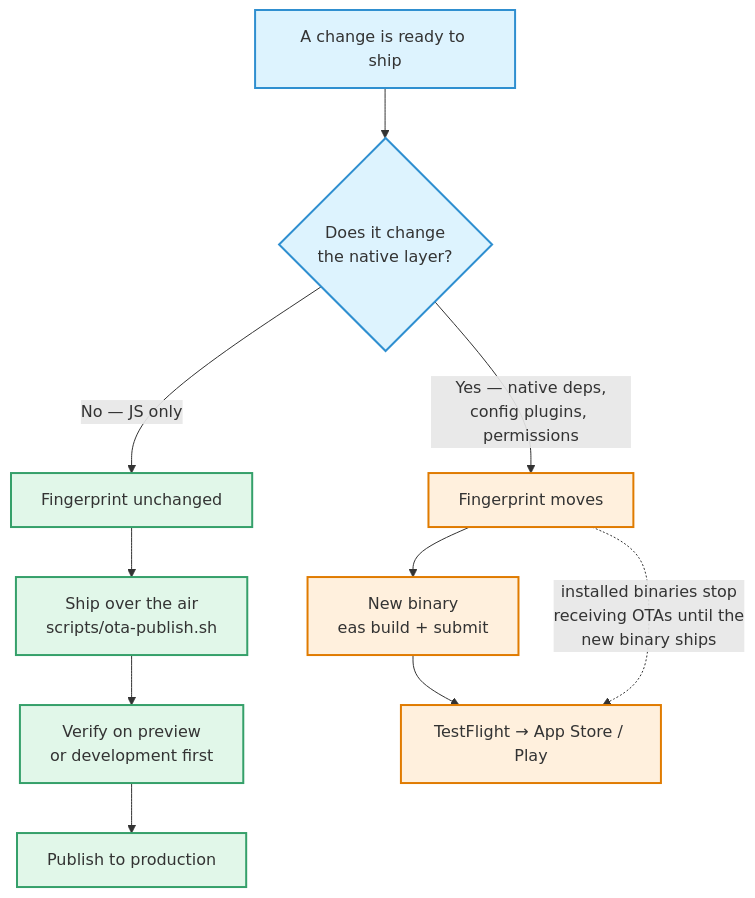
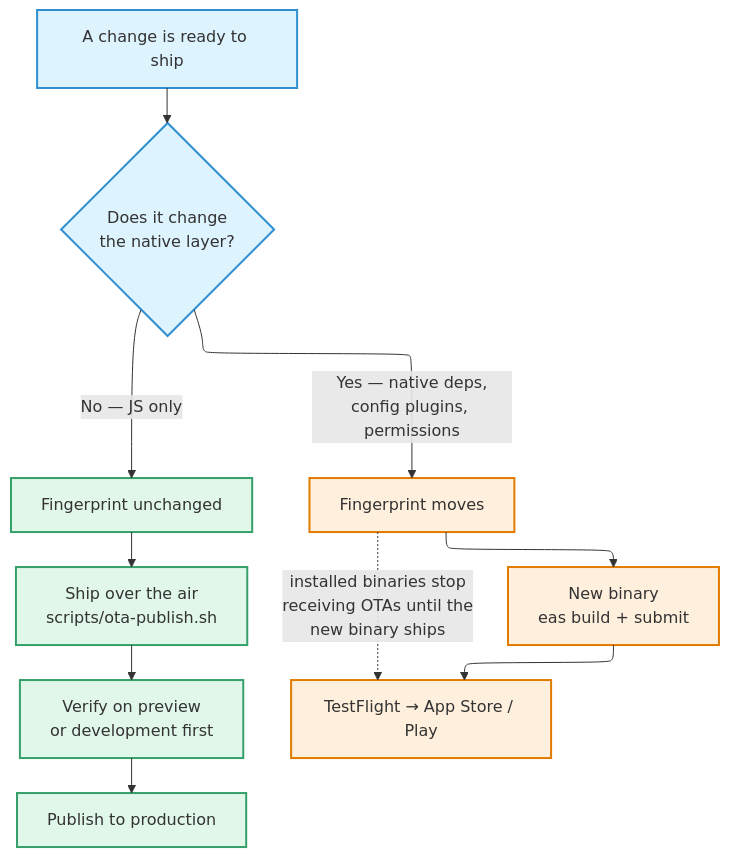
The diagram in docs/engineering/environments-and-releases.md (PopOut-Market/popout-docs), drawn with Mermaid before and after one commit. The commit also changed 7 other files, not shown here.

````diff
--- a/docs/engineering/environments-and-releases.md
+++ b/docs/engineering/environments-and-releases.md
@@ -138,26 +138,27 @@
 ```mermaid
+%%{init: {"layout": "elk"}}%%
 flowchart TB
     change["A change is ready to ship"]
     q{"Does it change<br/>the native layer?"}
     fpSame["Fingerprint unchanged"]
     fpMove["Fingerprint moves"]
     ota["Ship over the air<br/>scripts/ota-publish.sh"]
     build["New binary<br/>eas build + submit"]
     prev["Verify on preview<br/>or development first"]
     prod["Publish to production"]
     store["TestFlight → App Store / Play"]
 
     change --> q
     q -->|"No — JS only"| fpSame --> ota --> prev --> prod
     q -->|"Yes — native deps,<br/>config plugins, permissions"| fpMove --> build --> store
 
     fpMove -.->|"installed binaries stop<br/>receiving OTAs until the<br/>new binary ships"| store
 
     classDef ok fill:#22c55e22,stroke:#35a06a,stroke-width:2px
     classDef warn fill:#ff8c0022,stroke:#e07b00,stroke-width:2px
     classDef neutral fill:#00a6f422,stroke:#2f8fd0,stroke-width:2px
 
     class change,q neutral
     class fpSame,ota,prev,prod ok
     class fpMove,build,store warn
 ```
````
